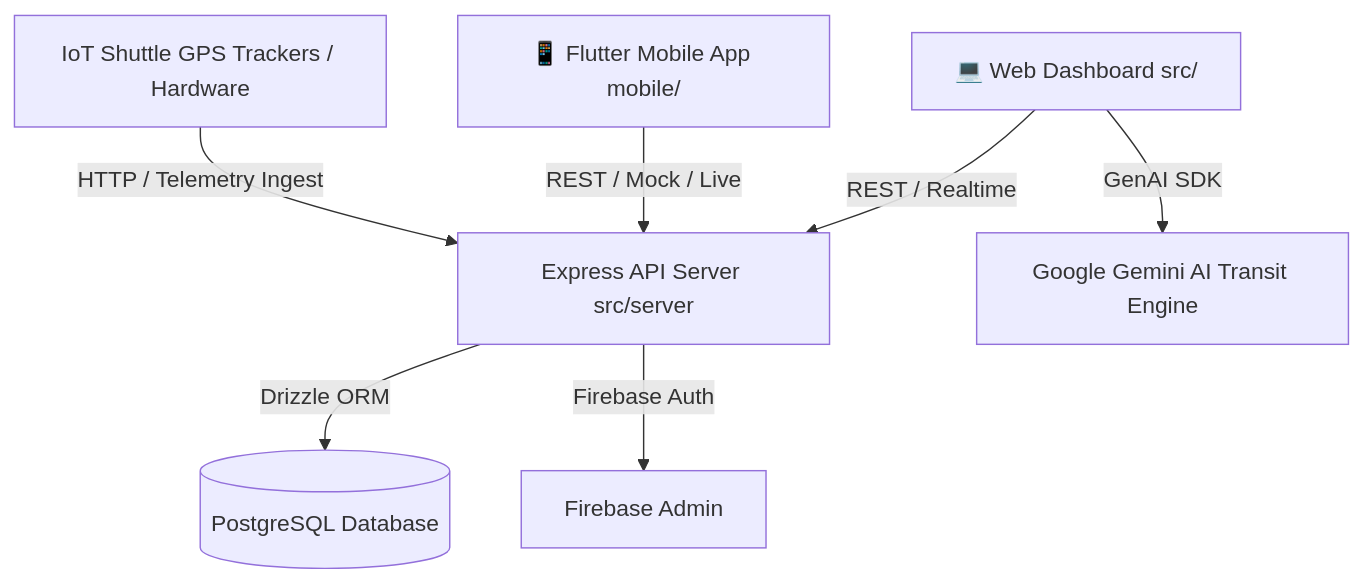
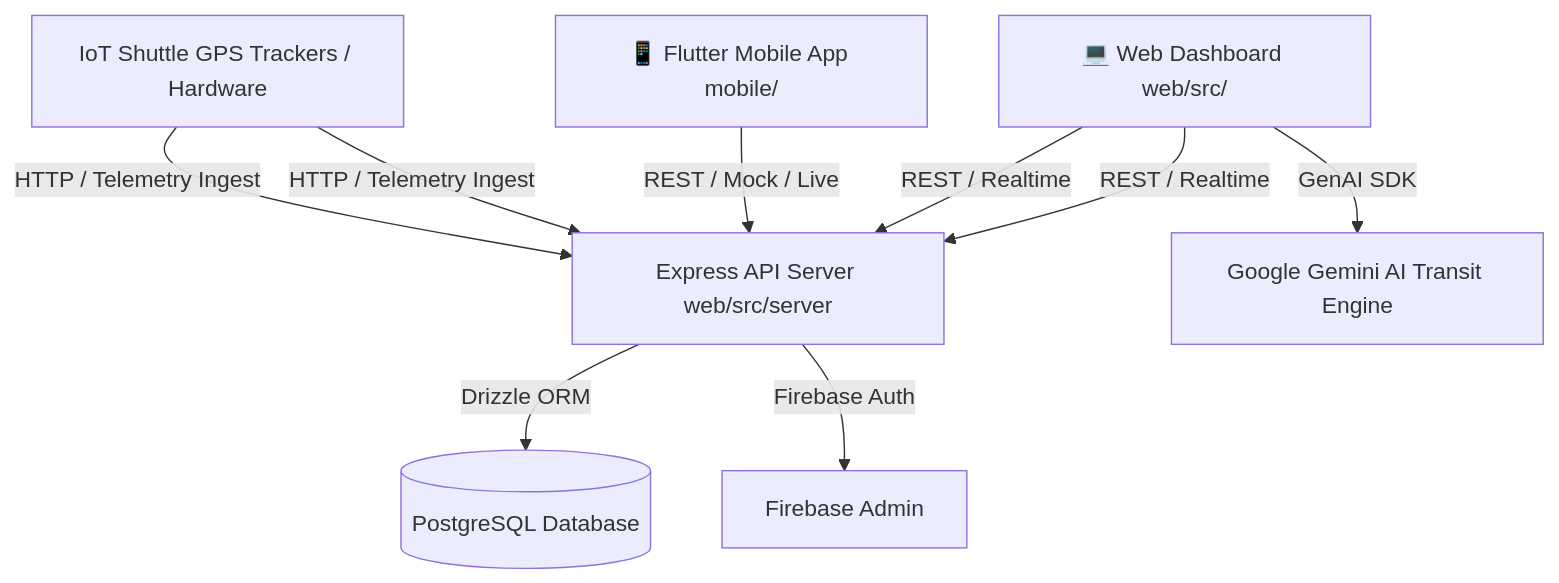
The diagram in README.md (08ops/Ooyalo), drawn with Mermaid before and after one commit. The commit also changed other lines of this file and 3 other files, not shown here.

````diff
--- a/README.md
+++ b/README.md
@@ -23,11 +23,13 @@
 ```mermaid
 graph TD
     A[IoT Shuttle GPS Trackers / Hardware] -->|HTTP / Telemetry Ingest| B[Express API Server src/server]
+    A[IoT Shuttle GPS Trackers / Hardware] -->|HTTP / Telemetry Ingest| B[Express API Server web/src/server]
     B -->|Drizzle ORM| C[(PostgreSQL Database)]
     B -->|Firebase Auth| D[Firebase Admin]
     
     E[📱 Flutter Mobile App mobile/] -->|REST / Mock / Live| B
     F[💻 Web Dashboard src/] -->|REST / Realtime| B
     
     F -->|GenAI SDK| G[Google Gemini AI Transit Engine]
+    F[💻 Web Dashboard web/src/] -->|REST / Realtime| B
 ```
````
